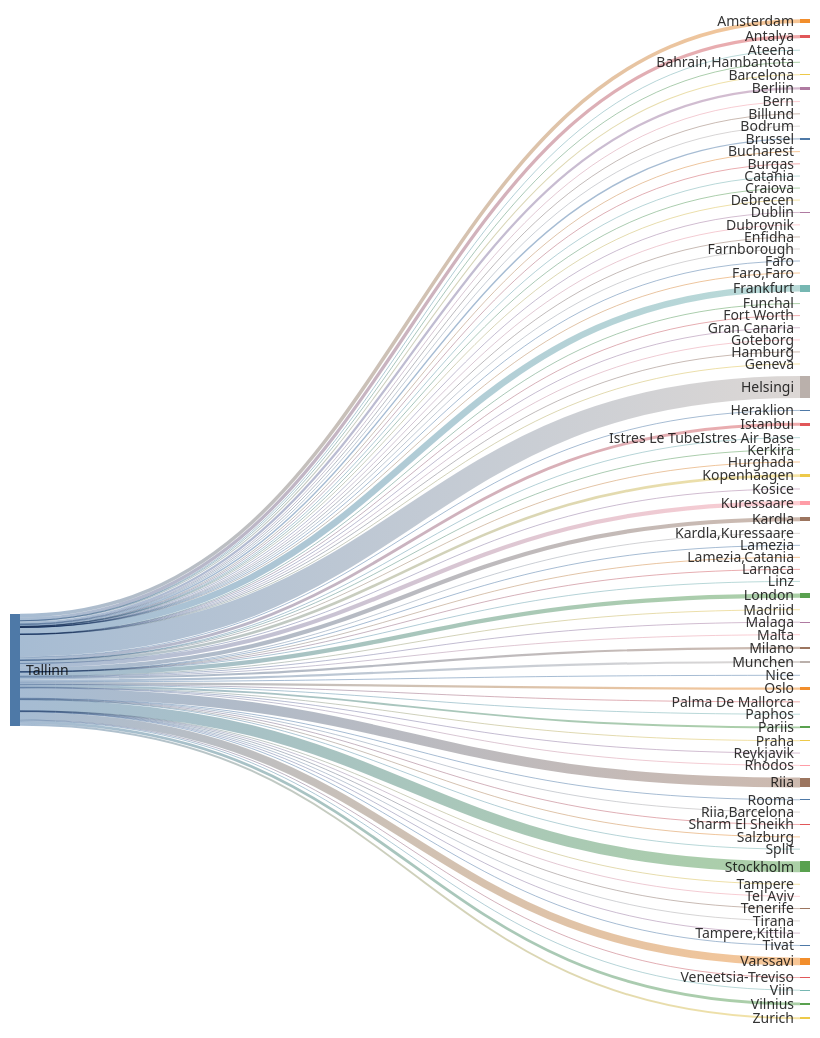
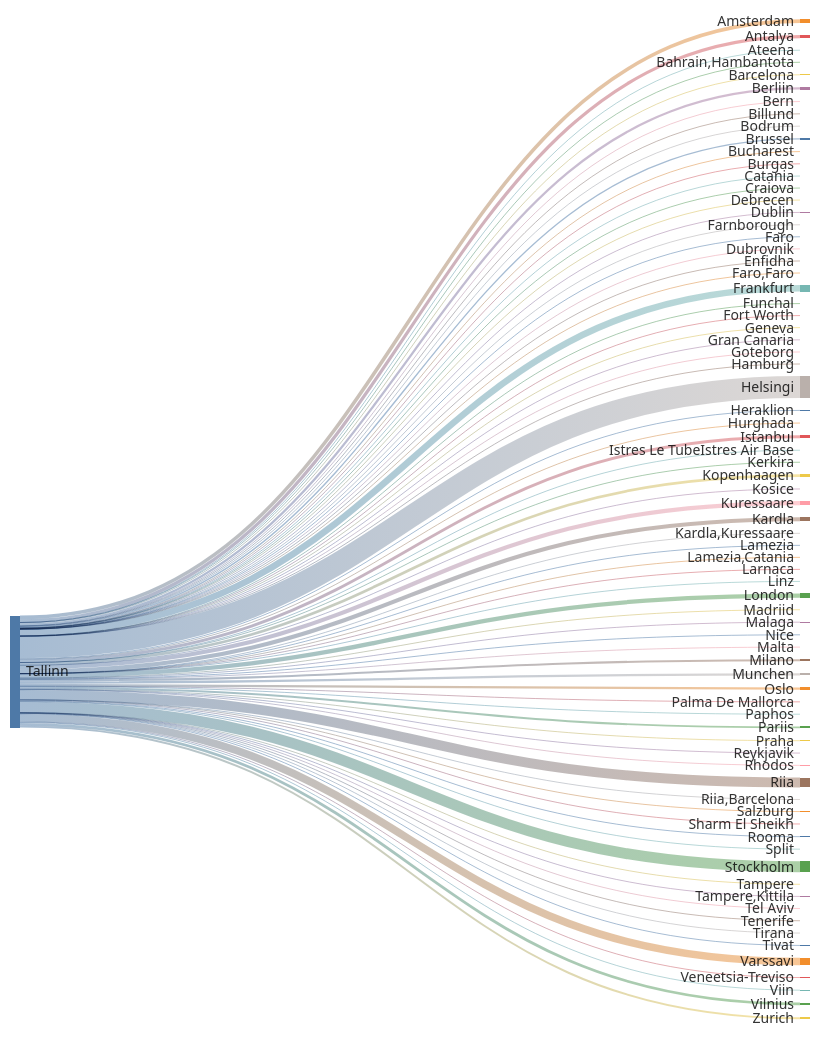
One commit to rainermesi/tll-airport-departures changed the second of 2 diagrams in README.md. Above: the diagram before and after it, drawn with Mermaid. The commit also changed other lines of this file and 1 other file, not shown here.

````diff
--- a/README.md
+++ b/README.md
@@ -41,8 +41,8 @@
 ---
 sankey-beta
 %% source,target,value
-Tallinn,Amsterdam,475
-Tallinn,Antalya,429
+Tallinn,Amsterdam,477
+Tallinn,Antalya,431
 Tallinn,Ateena,16
 Tallinn,"Bahrain,Hambantota",1
 Tallinn,Barcelona,133
@@ -56,66 +56,66 @@
 Tallinn,Catania,2
 Tallinn,Craiova,1
 Tallinn,Debrecen,1
-Tallinn,Dublin,93
+Tallinn,Dublin,94
 Tallinn,Dubrovnik,21
 Tallinn,Enfidha,7
 Tallinn,Farnborough,1
 Tallinn,Faro,4
 Tallinn,"Faro,Faro",1
 Tallinn,Fort Worth,1
-Tallinn,Frankfurt,867
+Tallinn,Frankfurt,870
 Tallinn,Funchal,5
 Tallinn,Geneva,13
 Tallinn,Gran Canaria,38
 Tallinn,Goteborg,2
 Tallinn,Hamburg,2
-Tallinn,Helsingi,2922
+Tallinn,Helsingi,2932
 Tallinn,Heraklion,98
 Tallinn,Hurghada,75
-Tallinn,Istanbul,381
+Tallinn,Istanbul,382
 Tallinn,Istres Le TubeIstres Air Base,2
 Tallinn,Kerkira,4
-Tallinn,Kopenhaagen,356
+Tallinn,Kopenhaagen,359
 Tallinn,Kosice,1
-Tallinn,Kuressaare,554
-Tallinn,Kardla,556
+Tallinn,Kuressaare,556
+Tallinn,Kardla,558
 Tallinn,"Kardla,Kuressaare",1
 Tallinn,Lamezia,1
 Tallinn,"Lamezia,Catania",3
 Tallinn,Larnaca,4
 Tallinn,Linz,2
-Tallinn,London,571
+Tallinn,London,573
 Tallinn,Madriid,3
-Tallinn,Malaga,117
+Tallinn,Malaga,118
 Tallinn,Malta,28
 Tallinn,Milano,271
-Tallinn,Munchen,296
+Tallinn,Munchen,297
 Tallinn,Nice,51
-Tallinn,Oslo,296
+Tallinn,Oslo,297
 Tallinn,Palma De Mallorca,32
 Tallinn,Paphos,66
-Tallinn,Pariis,253
+Tallinn,Pariis,254
 Tallinn,Praha,84
 Tallinn,Reykjavik,19
 Tallinn,Rhodos,58
-Tallinn,Riia,1313
+Tallinn,Riia,1318
 Tallinn,"Riia,Barcelona",1
 Tallinn,Rooma,80
 Tallinn,Salzburg,14
 Tallinn,Sharm El Sheikh,102
 Tallinn,Split,51
-Tallinn,Stockholm,1441
+Tallinn,Stockholm,1446
 Tallinn,Tampere,17
 Tallinn,"Tampere,Kittila",21
 Tallinn,Tel Aviv,2
 Tallinn,Tenerife,58
 Tallinn,Tirana,32
-Tallinn,Tivat,64
-Tallinn,Varssavi,1008
+Tallinn,Tivat,65
+Tallinn,Varssavi,1011
 Tallinn,Veneetsia-Treviso,67
 Tallinn,Viin,106
-Tallinn,Vilnius,365
-Tallinn,Zurich,259
+Tallinn,Vilnius,367
+Tallinn,Zurich,260
 
 
 ```
````
